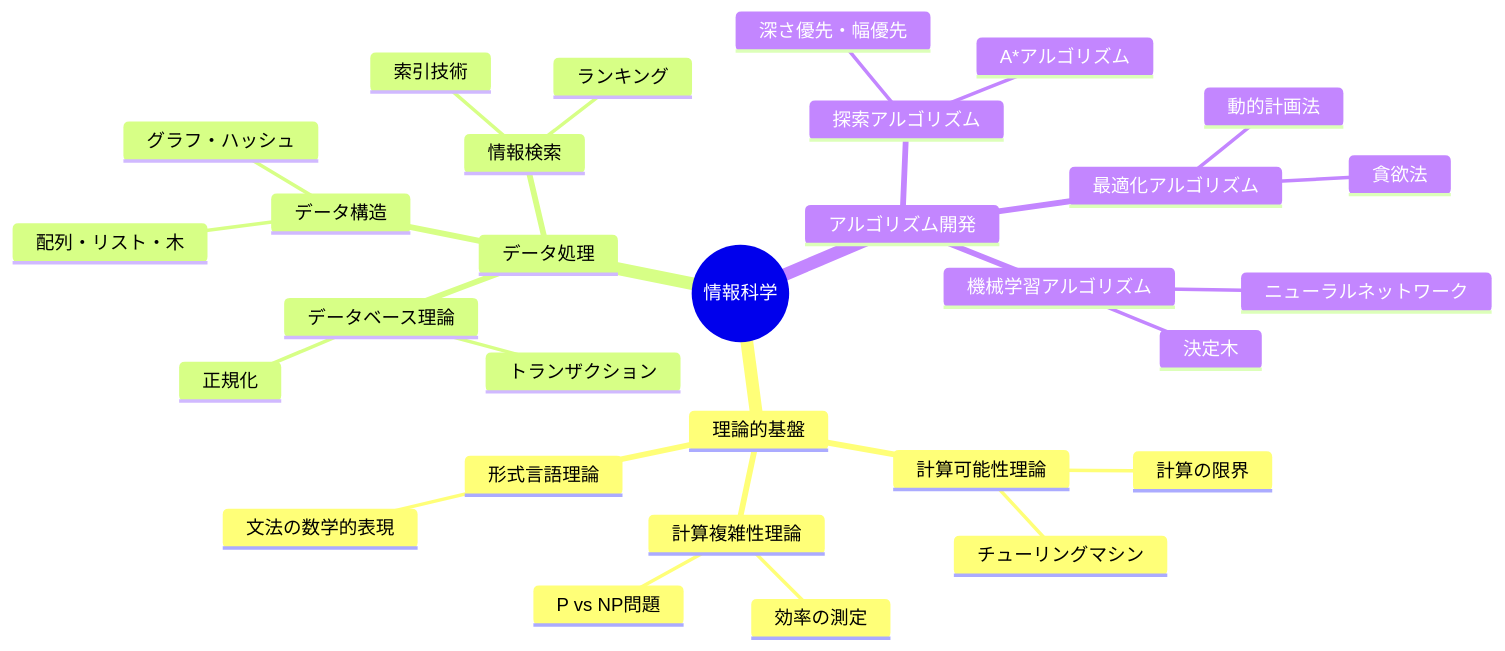
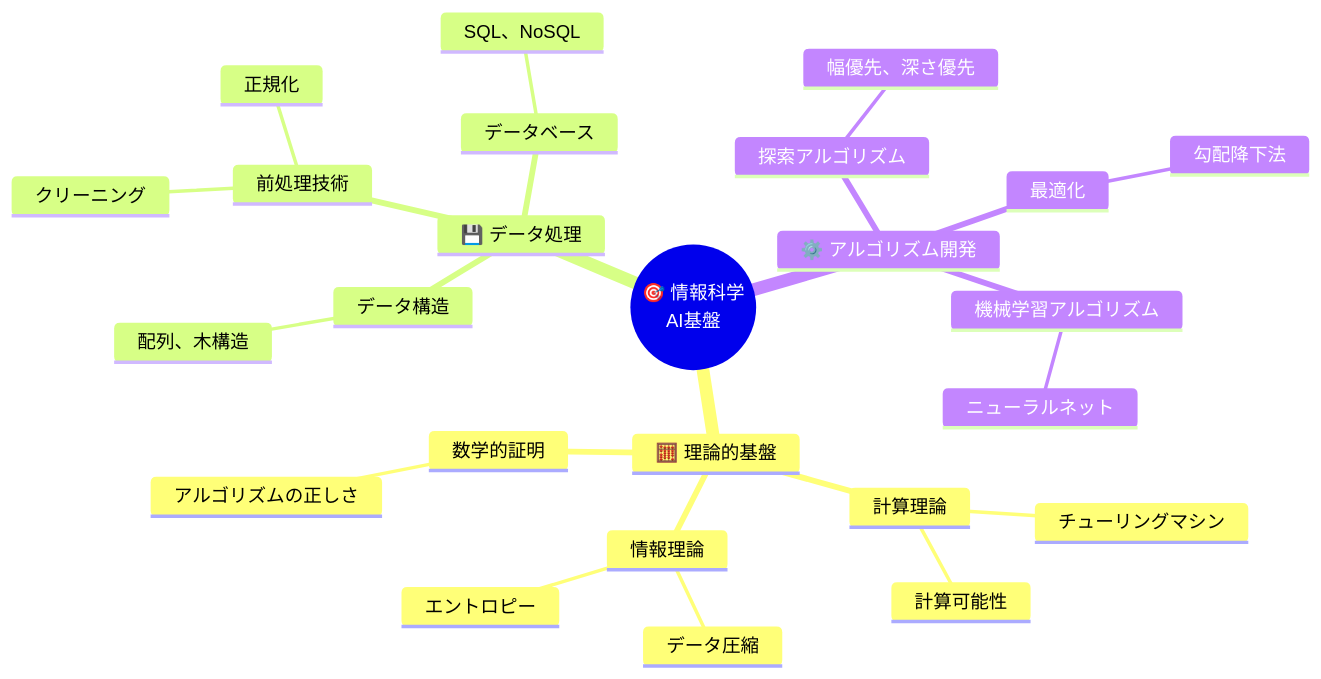
The second of 20 diagrams in AI/BySpecialty/InformationScience/README.MD (SparklingDetergent/doc_genai_mental_model), drawn with Mermaid before and after one commit. The commit also changed other lines of this file, not shown here.

````diff
--- a/AI/BySpecialty/InformationScience/README.MD
+++ b/AI/BySpecialty/InformationScience/README.MD
@@ -98,33 +58,28 @@
 ```mermaid
 mindmap
-  root((情報科学))
-    理論的基盤
-      計算可能性理論
+  root((🎯 情報科学<br/>AI基盤))
+    🧮 理論的基盤
+      計算理論
         チューリングマシン
-        計算の限界
-      計算複雑性理論
-        P vs NP問題
-        効率の測定
-      形式言語理論
-        文法の数学的表現
-    データ処理
+        計算可能性
+      情報理論
+        データ圧縮
+        エントロピー
+      数学的証明
+        アルゴリズムの正しさ
+    💾 データ処理
       データ構造
-        配列・リスト・木
-        グラフ・ハッシュ
-      データベース理論
+        配列、木構造
+      データベース
+        SQL、NoSQL
+      前処理技術
+        クリーニング
         正規化
-        トランザクション
-      情報検索
-        索引技術
-        ランキング
-    アルゴリズム開発
+    ⚙️ アルゴリズム開発
       探索アルゴリズム
-        深さ優先・幅優先
-        A*アルゴリズム
-      最適化アルゴリズム
-        動的計画法
-        貪欲法
+        幅優先、深さ優先
+      最適化
+        勾配降下法
       機械学習アルゴリズム
-        ニューラルネットワーク
-        決定木
+        ニューラルネット
 ```
````
